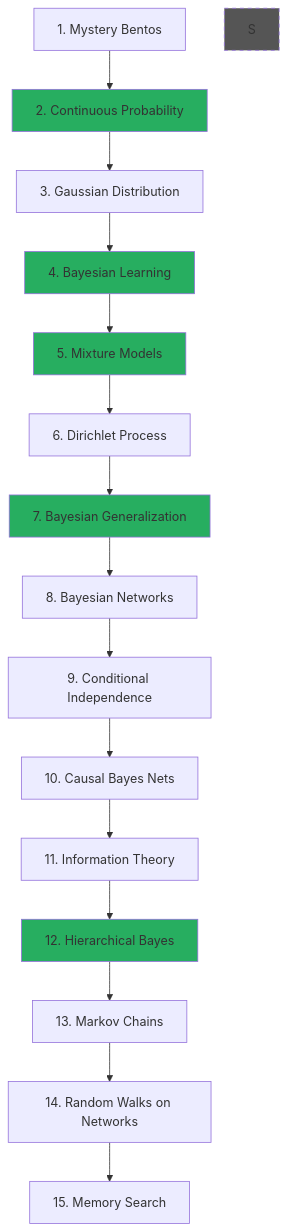
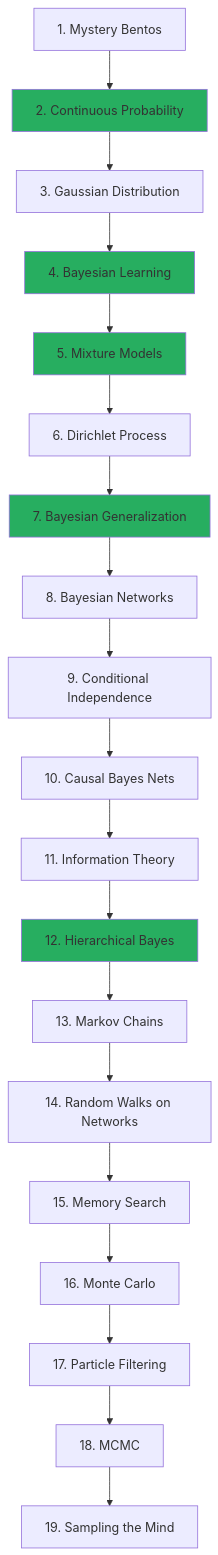
Before and after one commit to josephausterweil/probintro: the diagram in content/intro2/_index.md, drawn with Mermaid. The commit also changed other lines of this file and 11 other files, not shown here.

First line of the commit message:
T3 Ch 16-19: Monte Carlo, particle filtering, MCMC, and the Kemp sampler

````diff
--- a/content/intro2/_index.md
+++ b/content/intro2/_index.md
@@ -34,26 +34,29 @@
 ```mermaid
 graph TB
     A[1. Mystery Bentos] --> B[2. Continuous Probability]
     B --> C[3. Gaussian Distribution]
     C --> D[4. Bayesian Learning]
     D --> E[5. Mixture Models]
     E --> F[6. Dirichlet Process]
     F --> G[7. Bayesian Generalization]
     G --> H[8. Bayesian Networks]
     H --> I[9. Conditional Independence]
     I --> J[10. Causal Bayes Nets]
     J --> K[11. Information Theory]
     K --> L[12. Hierarchical Bayes]
     L --> M[13. Markov Chains]
     M --> N[14. Random Walks on Networks]
     N --> O[15. Memory Search]
+    O --> P[16. Monte Carlo]
+    P --> Q[17. Particle Filtering]
+    Q --> R[18. MCMC]
+    R --> S[19. Sampling the Mind]
 
     style B fill:#27ae60
     style D fill:#27ae60
     style E fill:#27ae60
     style G fill:#27ae60
     style L fill:#27ae60
-    style S fill:#555,stroke-dasharray: 5 5
 
     classDef foundational fill:#27ae60,stroke:#333,stroke-width:2px,color:#fff
 ```
````
